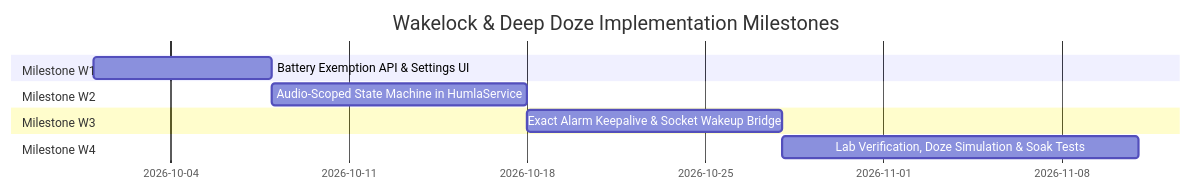
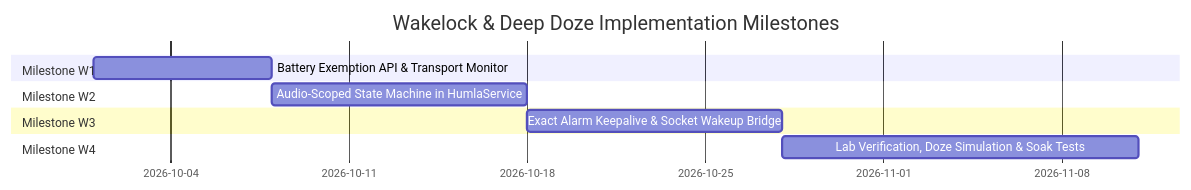
One commit to 360ied/mumla-oled changed the fourth of 4 diagrams in docs/power-draw-optimizations/wakelock-remediation.md. Above: the diagram before and after it, drawn with Mermaid. The commit also changed other lines of this file, not shown here.

First line of the commit message:
docs: remove standby setting for auto transport

````diff
--- a/docs/power-draw-optimizations/wakelock-remediation.md
+++ b/docs/power-draw-optimizations/wakelock-remediation.md
@@ -497,13 +506,13 @@
 ```mermaid
 gantt
     title Wakelock & Deep Doze Implementation Milestones
     dateFormat  YYYY-MM-DD
     section Milestone W1
-    Battery Exemption API & Settings UI             :w1, 2026-10-01, 7d
+    Battery Exemption API & Transport Monitor       :w1, 2026-10-01, 7d
     section Milestone W2
     Audio-Scoped State Machine in HumlaService      :w2, after w1, 10d
     section Milestone W3
     Exact Alarm Keepalive & Socket Wakeup Bridge   :w3, after w2, 10d
     section Milestone W4
     Lab Verification, Doze Simulation & Soak Tests :w4, after w3, 14d
 ```
````
